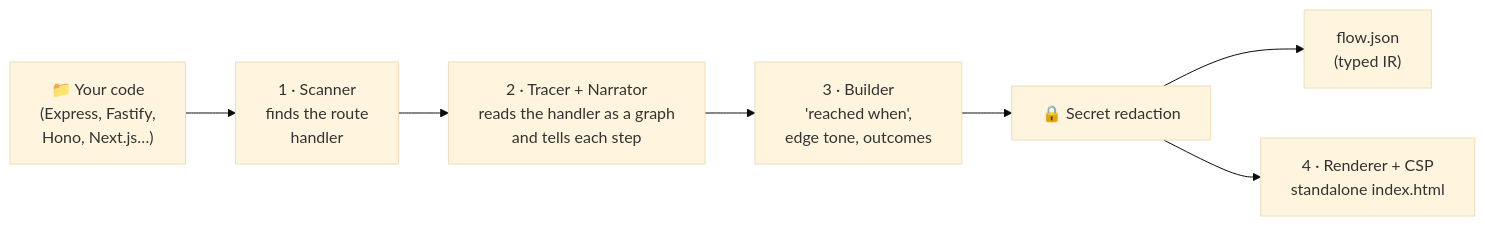
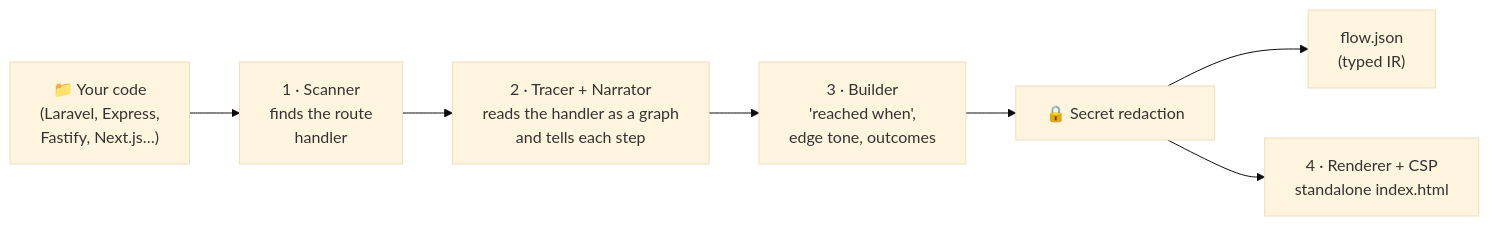
The diagram in README.en.md (jadsgithub/flow-view), drawn with Mermaid (base theme) before and after one commit. The commit also changed other lines of this file and 54 other files, not shown here.

Commit message:
feat: Laravel com fluxo fiel e diagrama legível Passport/escopos, FormRequest ramificado, status via config() e layout de header, cards e setas sem sobreposição.

````diff
--- a/README.en.md
+++ b/README.en.md
@@ -97,9 +155,9 @@
 ```mermaid
 flowchart LR
-  A["📁 Your code<br/>(Express, Fastify,<br/>Hono, Next.js…)"] --> B["1 · Scanner<br/>finds the route<br/>handler"]
+  A["📁 Your code<br/>(Laravel, Express,<br/>Fastify, Next.js…)"] --> B["1 · Scanner<br/>finds the route<br/>handler"]
   B --> C["2 · Tracer + Narrator<br/>reads the handler as a graph<br/>and tells each step"]
   C --> D["3 · Builder<br/>'reached when',<br/>edge tone, outcomes"]
   D --> E["🔒 Secret redaction"]
   E --> F["flow.json<br/>(typed IR)"]
   E --> G["4 · Renderer + CSP<br/>standalone index.html"]
 ```
````
